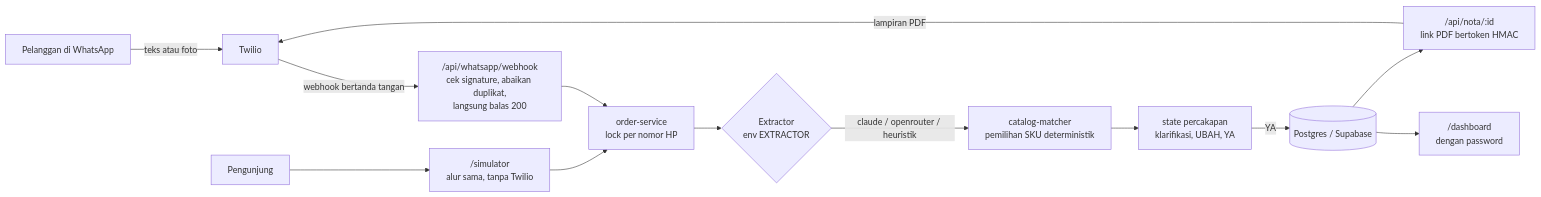
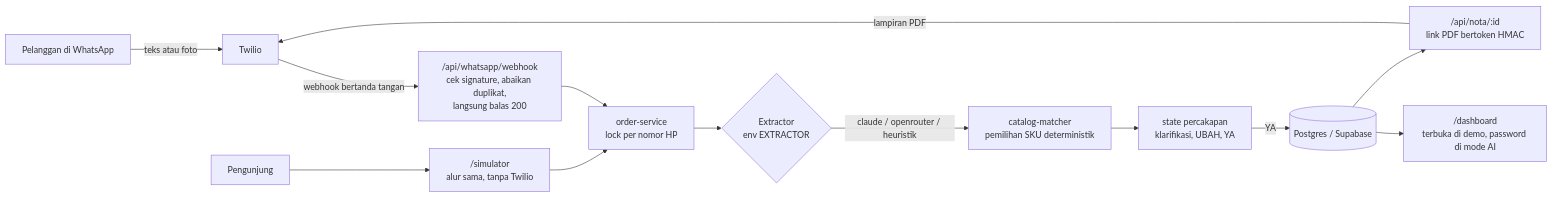
One commit to HIIDAAYY/Bangunan changed the diagram in README.md. Above: the diagram before and after it, drawn with Mermaid. The commit also changed other lines of this file and 11 other files, not shown here.

````diff
--- a/README.md
+++ b/README.md
@@ -20,15 +20,15 @@
 ```mermaid
 flowchart LR
     C[Pelanggan di WhatsApp] -->|teks atau foto| T[Twilio]
     T -->|webhook bertanda tangan| W["/api/whatsapp/webhook<br/>cek signature, abaikan duplikat,<br/>langsung balas 200"]
     V[Pengunjung] --> S["/simulator<br/>alur sama, tanpa Twilio"]
     W --> O["order-service<br/>lock per nomor HP"]
     S --> O
     O --> X{"Extractor<br/>env EXTRACTOR"}
     X -->|"claude / openrouter / heuristik"| M["catalog-matcher<br/>pemilihan SKU deterministik"]
     M --> F["state percakapan<br/>klarifikasi, UBAH, YA"]
     F -->|YA| DB[(Postgres / Supabase)]
-    DB --> D["/dashboard<br/>dengan password"]
+    DB --> D["/dashboard<br/>terbuka di demo, password di mode AI"]
     DB --> N["/api/nota/:id<br/>link PDF bertoken HMAC"]
     N -->|lampiran PDF| T
 ```
````
